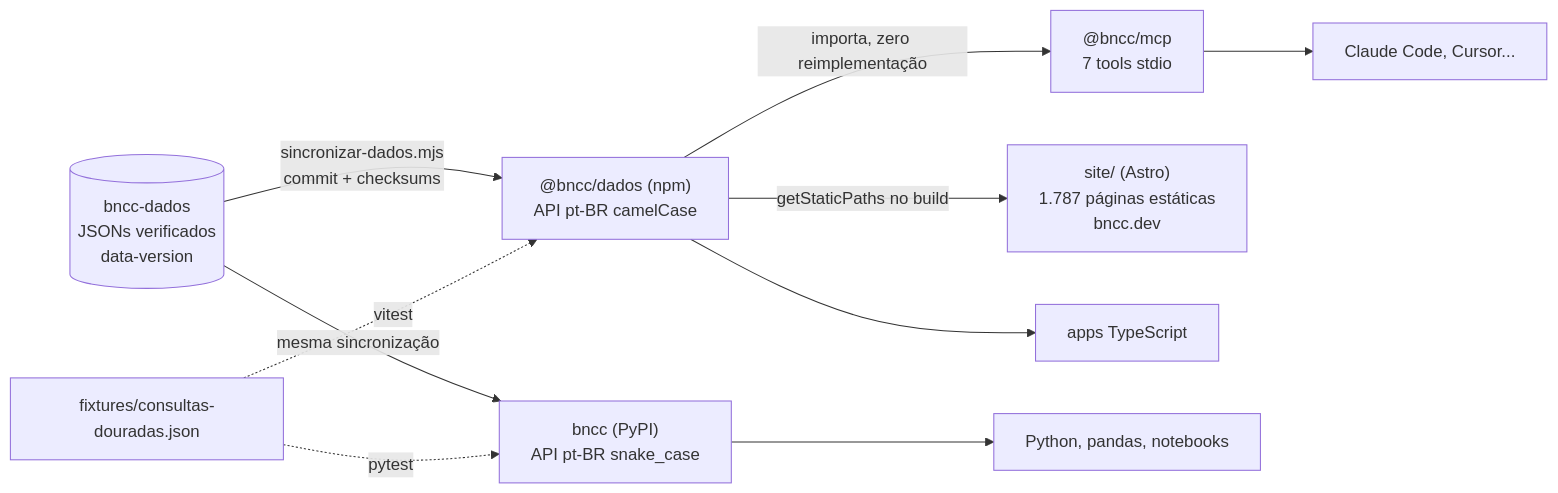
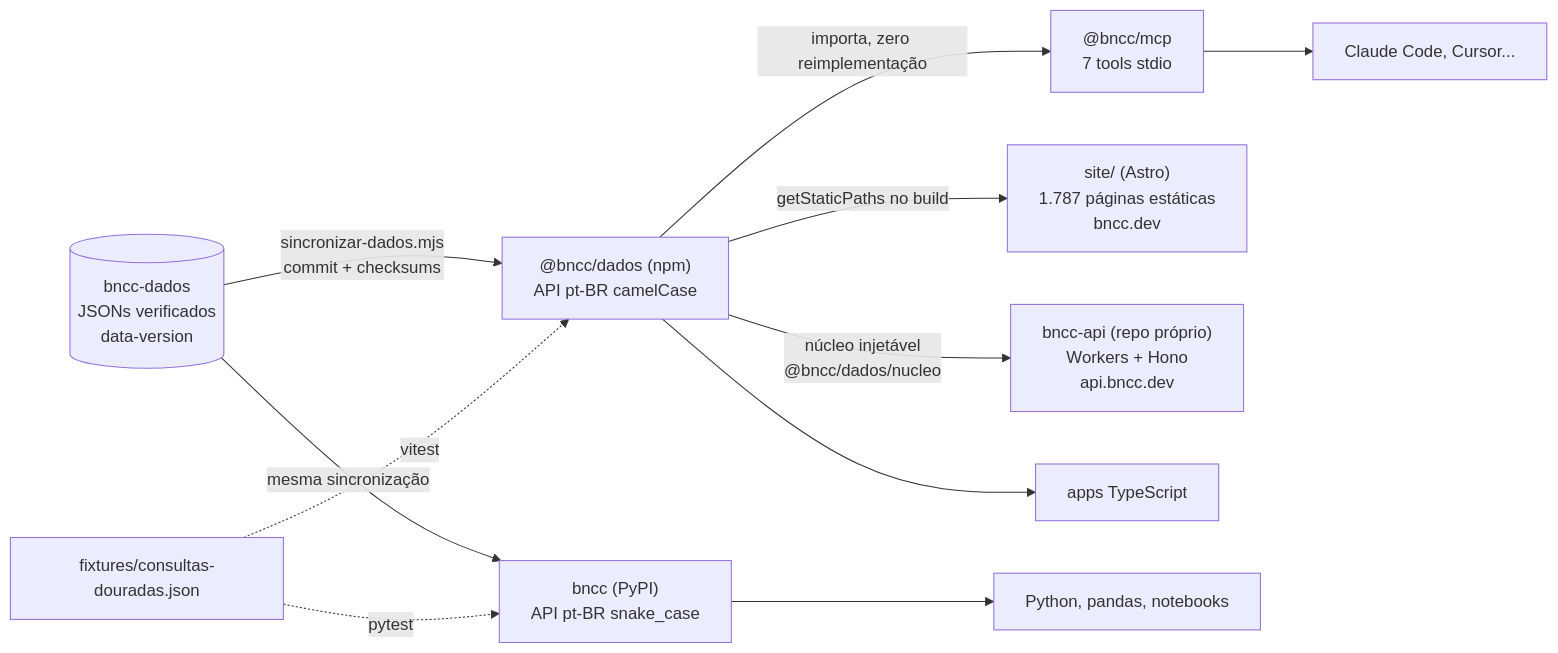
The diagram in docs/arquitetura.md (bncc-dev/bncc-pacotes), drawn with Mermaid before and after one commit.

Commit message:
docs: nó da API hospedada no diagrama de arquitetura

````diff
--- a/docs/arquitetura.md
+++ b/docs/arquitetura.md
@@ -9,12 +9,13 @@
 ```mermaid
 flowchart LR
     DADOS[("bncc-dados<br/>JSONs verificados<br/>data-version")] -->|sincronizar-dados.mjs<br/>commit + checksums| NPM["@bncc/dados (npm)<br/>API pt-BR camelCase"]
     DADOS -->|mesma sincronização| PY["bncc (PyPI)<br/>API pt-BR snake_case"]
     NPM -->|importa, zero reimplementação| MCP["@bncc/mcp<br/>7 tools stdio"]
     FIX["fixtures/consultas-douradas.json"] -.->|vitest| NPM
     FIX -.->|pytest| PY
     MCP --> AGENTES["Claude Code, Cursor..."]
     NPM -->|getStaticPaths no build| SITE["site/ (Astro)<br/>1.787 páginas estáticas<br/>bncc.dev"]
+    NPM -->|núcleo injetável<br/>@bncc/dados/nucleo| APIH["bncc-api (repo próprio)<br/>Workers + Hono<br/>api.bncc.dev"]
     NPM --> APPS["apps TypeScript"]
     PY --> CIENCIA["Python, pandas, notebooks"]
 ```
````
